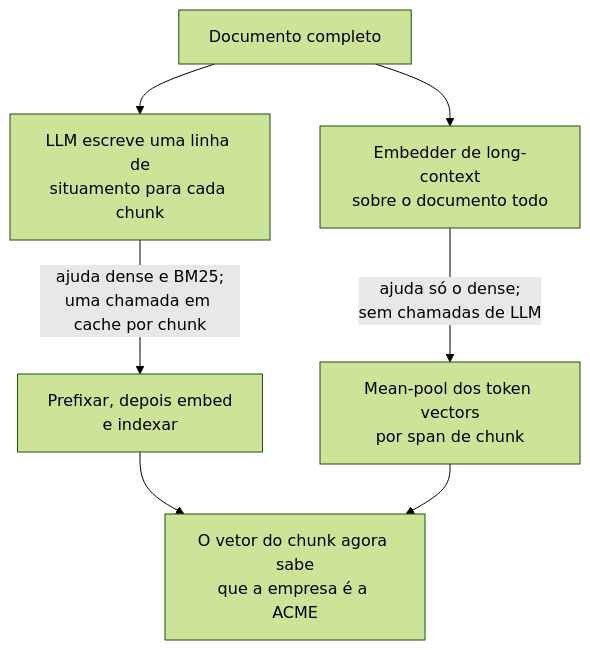
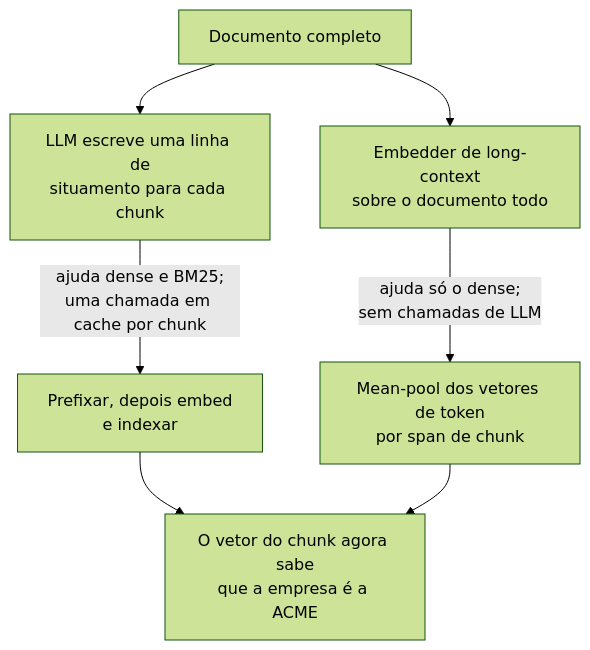
One commit to andrevberaldo/AI-Engineer-Interview-Questions changed the ninth of 30 diagrams in 04-rag-and-retrieval/questions.pt-BR.md. Above: the diagram before and after it, drawn with Mermaid (forest theme). The commit also changed other lines of this file and 1 other file, not shown here.

````diff
--- a/04-rag-and-retrieval/questions.pt-BR.md
+++ b/04-rag-and-retrieval/questions.pt-BR.md
@@ -425,9 +425,9 @@
 ```mermaid
 flowchart TD
     D["Documento completo"] --> A["LLM escreve uma linha de<br/>situamento para cada chunk"]
     A -->|"ajuda dense e BM25;<br/>uma chamada em cache por chunk"| B["Prefixar, depois embed<br/>e indexar"]
     D --> C["Embedder de long-context<br/>sobre o documento todo"]
-    C -->|"ajuda só o dense;<br/>sem chamadas de LLM"| E["Mean-pool dos token vectors<br/>por span de chunk"]
+    C -->|"ajuda só o dense;<br/>sem chamadas de LLM"| E["Mean-pool dos vetores de token<br/>por span de chunk"]
     B --> F["O vetor do chunk agora sabe<br/>que a empresa é a ACME"]
     E --> F
 ```
````
